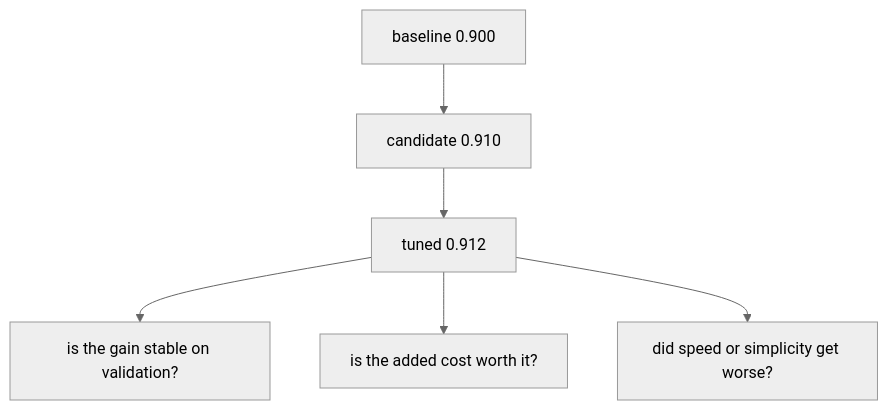
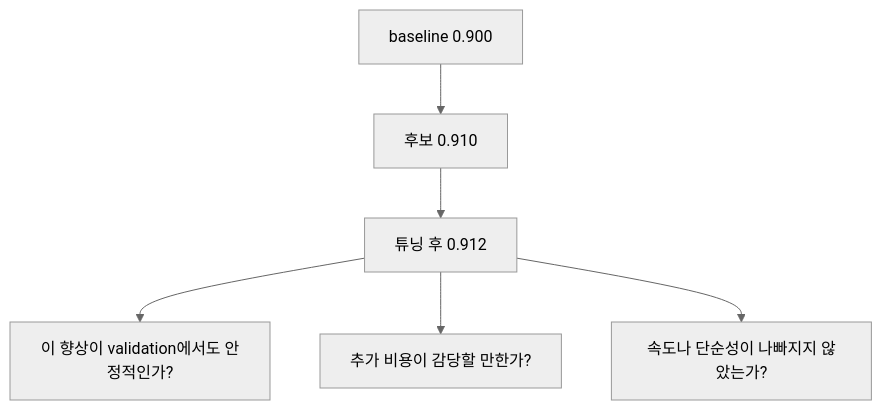
The third of 4 diagrams in docs/parts/part-04/chapter-09/section-02.md (devchan64/AiBook), drawn with Mermaid (neutral theme) before and after one commit. The commit also changed other lines of this file and 138 other files, not shown here.

````diff
--- a/docs/parts/part-04/chapter-09/section-02.md
+++ b/docs/parts/part-04/chapter-09/section-02.md
@@ -273,11 +273,11 @@
 ```mermaid
 flowchart TD
   A["baseline 0.900"]
-  B["candidate 0.910"]
-  C["tuned 0.912"]
+  B["후보 0.910"]
+  C["튜닝 후 0.912"]
 
   A --> B --> C
-  C --> D["is the gain stable on validation?"]
-  C --> E["is the added cost worth it?"]
-  C --> F["did speed or simplicity get worse?"]
+  C --> D["이 향상이 validation에서도 안정적인가?"]
+  C --> E["추가 비용이 감당할 만한가?"]
+  C --> F["속도나 단순성이 나빠지지 않았는가?"]
 ```
````
